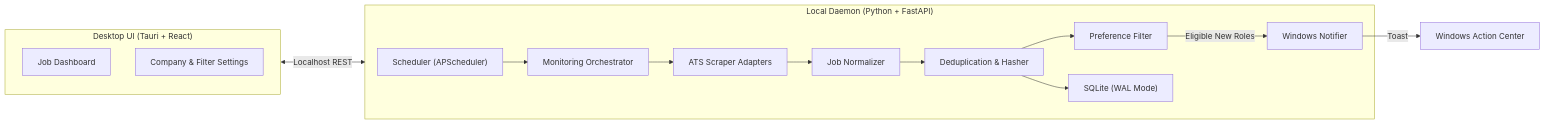
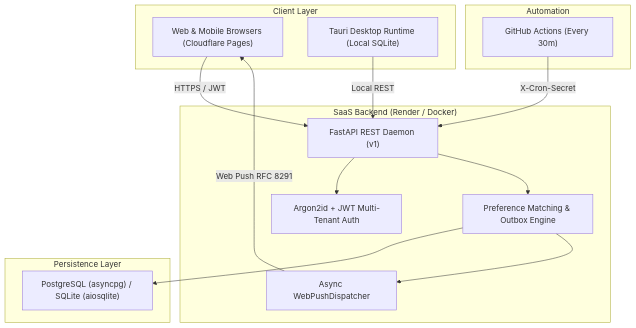
The diagram in README.md (aadesh-2006/HawkOffer), drawn with Mermaid before and after one commit. The commit also changed other lines of this file and 18 other files, not shown here.

````diff
--- a/README.md
+++ b/README.md
@@ -40,28 +37,31 @@
 ```mermaid
-graph LR
-    subgraph UI ["Desktop UI (Tauri + React)"]
-        Dashboard["Job Dashboard"]
-        Settings["Company & Filter Settings"]
+flowchart TD
+    subgraph Client ["Client Layer"]
+        Web["Web & Mobile Browsers (Cloudflare Pages)"]
+        Desktop["Tauri Desktop Runtime (Local SQLite)"]
     end
 
-    subgraph Core ["Local Daemon (Python + FastAPI)"]
-        Scheduler["Scheduler (APScheduler)"]
-        Engine["Monitoring Orchestrator"]
-        Adapters["ATS Scraper Adapters"]
-        Normalizer["Job Normalizer"]
-        Dedup["Deduplication & Hasher"]
-        Filter["Preference Filter"]
-        DB["SQLite (WAL Mode)"]
-        Notif["Windows Notifier"]
+    subgraph Backend ["SaaS Backend (Render / Docker)"]
+        API["FastAPI REST Daemon (v1)"]
+        Auth["Argon2id + JWT Multi-Tenant Auth"]
+        Matching["Preference Matching & Outbox Engine"]
+        Push["Async WebPushDispatcher"]
     end
 
-    UI <-->|Localhost REST| Core
-    Scheduler --> Engine
-    Engine --> Adapters
-    Adapters --> Normalizer
-    Normalizer --> Dedup
-    Dedup --> DB
-    Dedup --> Filter
-    Filter -->|Eligible New Roles| Notif
-    Notif -->|Toast| Win["Windows Action Center"]
+    subgraph Data ["Persistence Layer"]
+        PG["PostgreSQL (asyncpg) / SQLite (aiosqlite)"]
+    end
+
+    subgraph Cron ["Automation"]
+        GHA["GitHub Actions (Every 30m)"]
+    end
+
+    Web -->|HTTPS / JWT| API
+    Desktop -->|Local REST| API
+    GHA -->|X-Cron-Secret| API
+    API --> Auth
+    API --> Matching
+    Matching --> PG
+    Matching --> Push
+    Push -->|Web Push RFC 8291| Web
 ```
````
